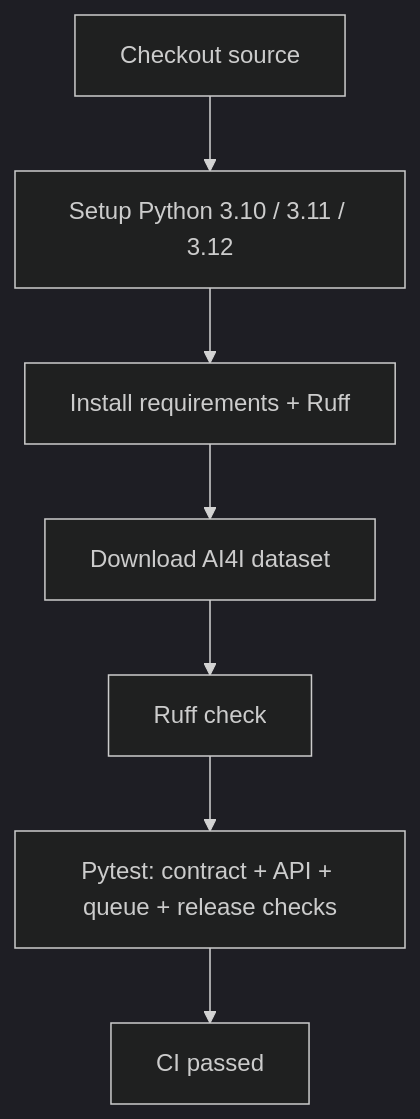
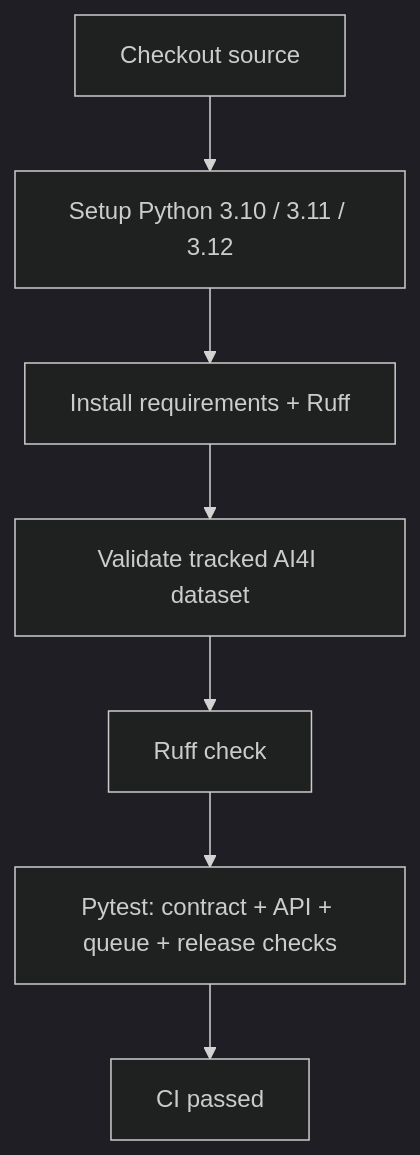
The second of 3 diagrams in README.md (haminhthong/Ai4i-Predictive-Maintenance), drawn with Mermaid (dark theme) before and after one commit. The commit also changed other lines of this file and 17 other files, not shown here.

````diff
--- a/README.md
+++ b/README.md
@@ -333,9 +336,9 @@
 ```mermaid
 flowchart TD
     CHECKOUT["Checkout source"] --> SETUP["Setup Python 3.10 / 3.11 / 3.12"]
     SETUP --> INSTALL["Install requirements + Ruff"]
-    INSTALL --> DOWNLOAD["Download AI4I dataset"]
-    DOWNLOAD --> LINT["Ruff check"]
+    INSTALL --> DATA["Validate tracked AI4I dataset"]
+    DATA --> LINT["Ruff check"]
     LINT --> TEST["Pytest: contract + API + queue + release checks"]
     TEST --> PASS["CI passed"]
 ```
````
